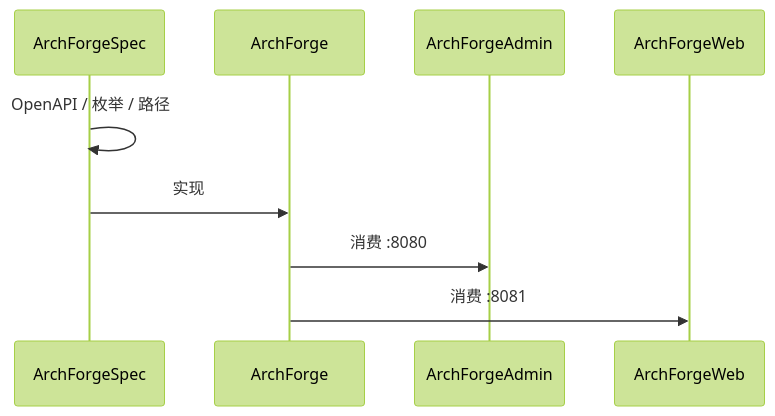
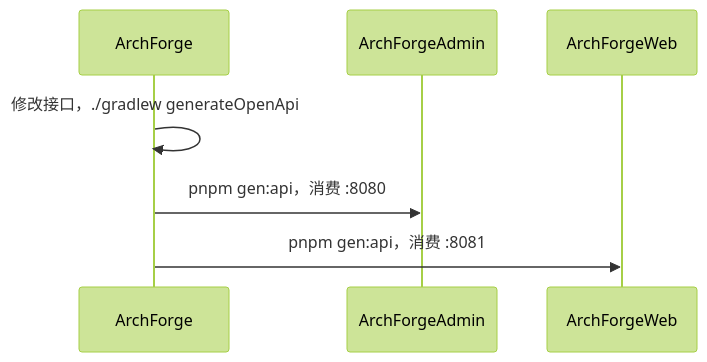
One commit to sofn/ArchForgeDocs changed the diagram in docs/zh/guide/contract-first.md. Above: the diagram before and after it, drawn with Mermaid (forest theme). The commit also changed other lines of this file and 37 other files, not shown here.

````diff
--- a/docs/zh/guide/contract-first.md
+++ b/docs/zh/guide/contract-first.md
@@ -23,11 +23,9 @@
 ```mermaid
 sequenceDiagram
-  participant Spec as ArchForgeSpec
   participant Backend as ArchForge
   participant Admin as ArchForgeAdmin
   participant Web as ArchForgeWeb
-  Spec->>Spec: OpenAPI / 枚举 / 路径
-  Spec->>Backend: 实现
-  Backend->>Admin: 消费 :8080
-  Backend->>Web: 消费 :8081
+  Backend->>Backend: 修改接口，./gradlew generateOpenApi
+  Backend->>Admin: pnpm gen:api，消费 :8080
+  Backend->>Web: pnpm gen:api，消费 :8081
 ```
````
